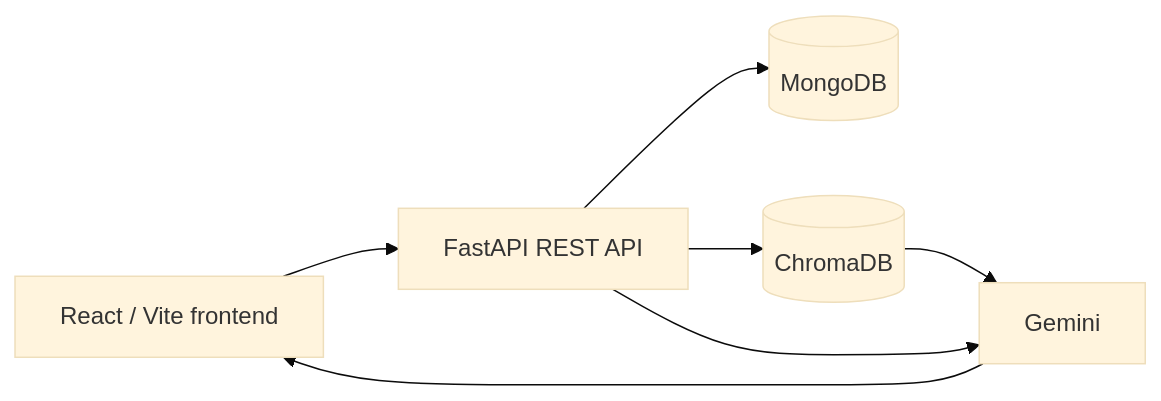
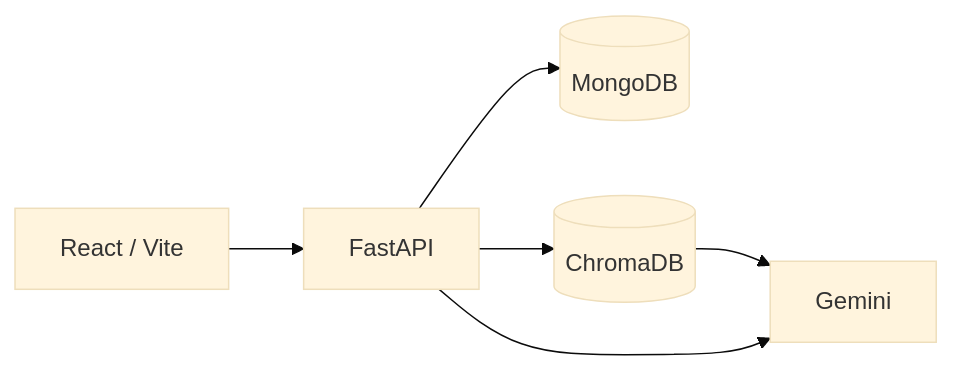
One commit to Chathuni-Nimesha/SupportFlow-AI changed the first of 2 diagrams in README.md. Above: the diagram before and after it, drawn with Mermaid (base theme). The commit also changed other lines of this file and 1 other file, not shown here.

````diff
--- a/README.md
+++ b/README.md
@@ -34,9 +98,8 @@
 ```mermaid
 flowchart LR
-  A["React / Vite frontend"] --> B["FastAPI REST API"]
-  B --> C[(MongoDB)]
-  B --> D[(ChromaDB)]
-  D --> E["Gemini"]
-  B --> E
-  E --> A
+  FE["React / Vite"] --> API["FastAPI"]
+  API --> Mongo[(MongoDB)]
+  API --> Chroma[(ChromaDB)]
+  Chroma --> Gemini["Gemini"]
+  API --> Gemini
 ```
````
